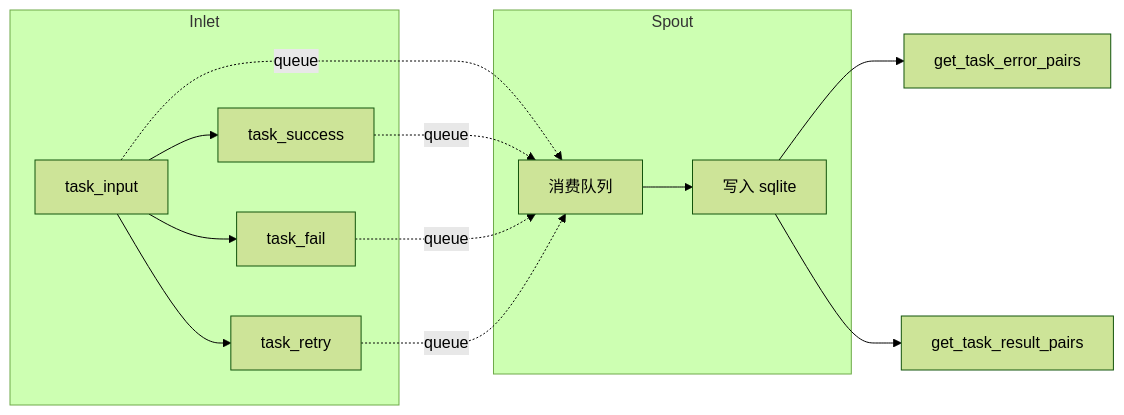
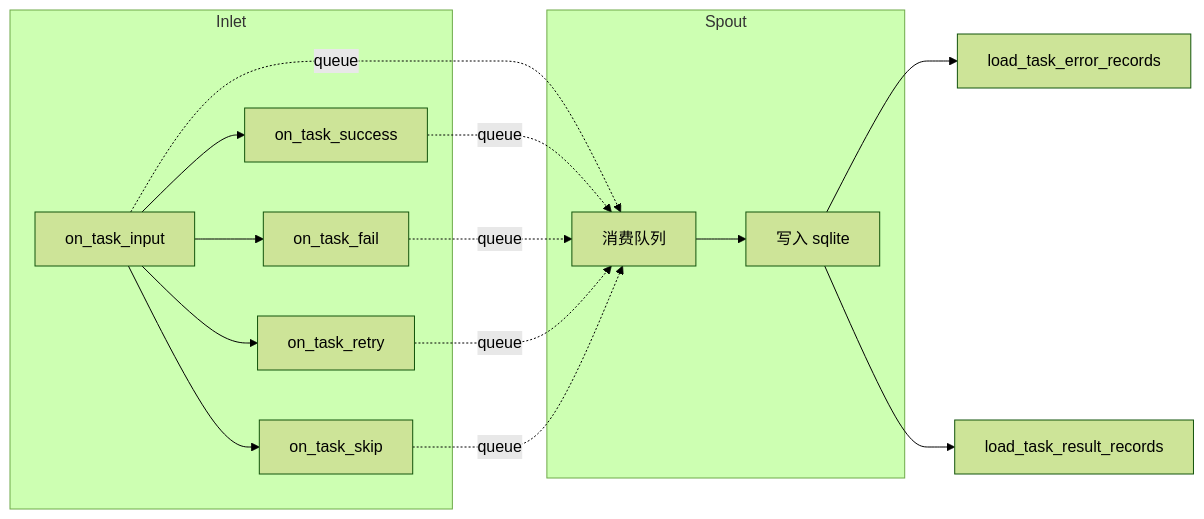
The diagram in docs/zh-CN/tests/persistence/test_lifecycle.md (Mr-xiaotian/CelestialFlow), drawn with Mermaid (forest theme) before and after one commit. The commit also changed other lines of this file and 74 other files, not shown here.

````diff
--- a/docs/zh-CN/tests/persistence/test_lifecycle.md
+++ b/docs/zh-CN/tests/persistence/test_lifecycle.md
@@ -55,17 +65,19 @@
 ```mermaid
 flowchart LR
     subgraph Inlet
-        A[task_input] --> B[task_success]
-        A --> C[task_fail]
-        A --> D[task_retry]
+        A[on_task_input] --> B[on_task_success]
+        A --> C[on_task_fail]
+        A --> D[on_task_retry]
+        A --> E[on_task_skip]
     end
     subgraph Spout
-        E[消费队列] --> F[写入 sqlite]
+        F[消费队列] --> G[写入 sqlite]
     end
-    A -.->|queue| E
-    B -.->|queue| E
-    C -.->|queue| E
-    D -.->|queue| E
-    F --> G[get_task_error_pairs]
-    F --> H[get_task_result_pairs]
+    A -.->|queue| F
+    B -.->|queue| F
+    C -.->|queue| F
+    D -.->|queue| F
+    E -.->|queue| F
+    G --> H[load_task_error_records]
+    G --> I[load_task_result_records]
 ```
````
